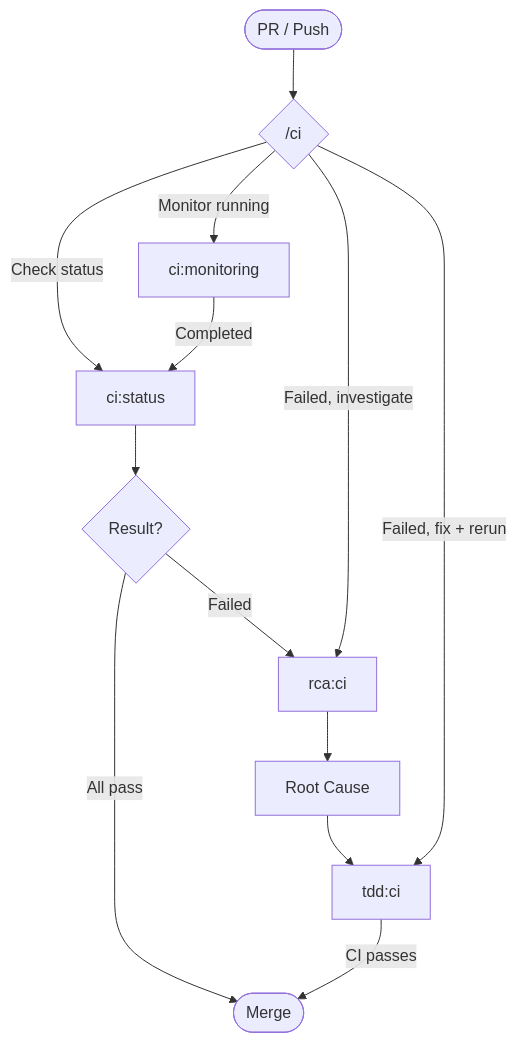
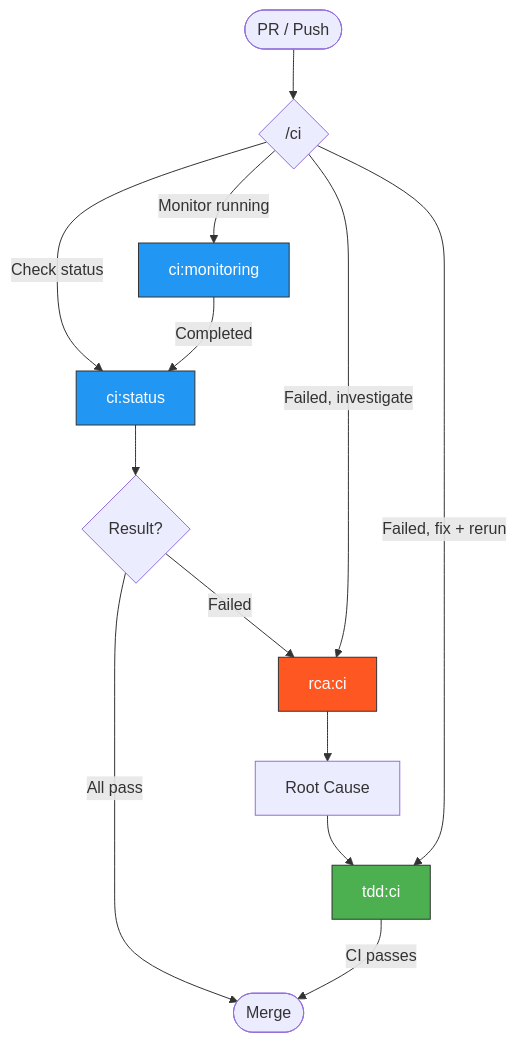
The fourth of 8 diagrams in .claude/skills/README.md (pdettori/kagenti), drawn with Mermaid before and after one commit. The commit also changed other lines of this file and 13 other files, not shown here.

First line of the commit message:
🌱 Add TOC, color-coded diagrams, cross-links, and review fixes

````diff
--- a/.claude/skills/README.md
+++ b/.claude/skills/README.md
@@ -104,17 +150,21 @@
 ```mermaid
 flowchart TD
     PR([PR / Push]) --> CI{"/ci"}
-    CI -->|Check status| STATUS["ci:status"]
-    CI -->|Monitor running| MON["ci:monitoring"]
-    CI -->|Failed, investigate| RCACI["rca:ci"]
-    CI -->|Failed, fix + rerun| TDDCI["tdd:ci"]
+    CI -->|Check status| STATUS["ci:status"]:::ci
+    CI -->|Monitor running| MON["ci:monitoring"]:::ci
+    CI -->|Failed, investigate| RCACI["rca:ci"]:::rca
+    CI -->|Failed, fix + rerun| TDDCI["tdd:ci"]:::tdd
 
     STATUS --> RESULT{Result?}
     RESULT -->|All pass| DONE([Merge])
     RESULT -->|Failed| RCACI
     MON -->|Completed| STATUS
 
     RCACI --> ROOT[Root Cause]
     ROOT --> TDDCI
     TDDCI -->|CI passes| DONE
+
+    classDef ci fill:#2196F3,stroke:#333,color:white
+    classDef rca fill:#FF5722,stroke:#333,color:white
+    classDef tdd fill:#4CAF50,stroke:#333,color:white
 ```
````
